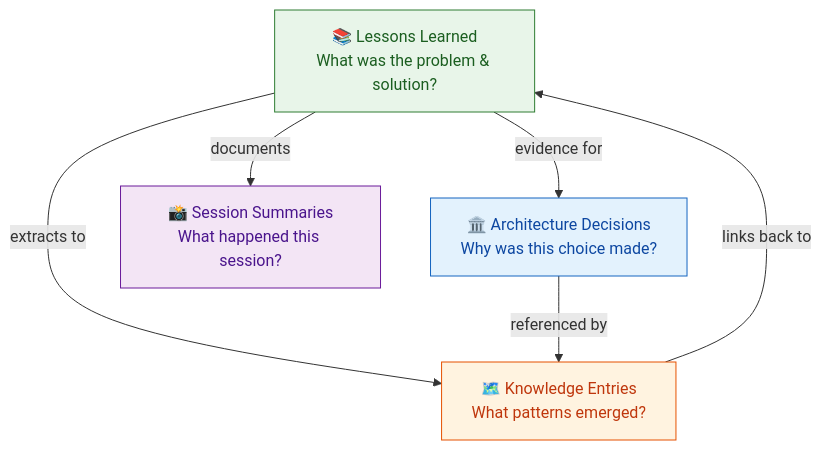
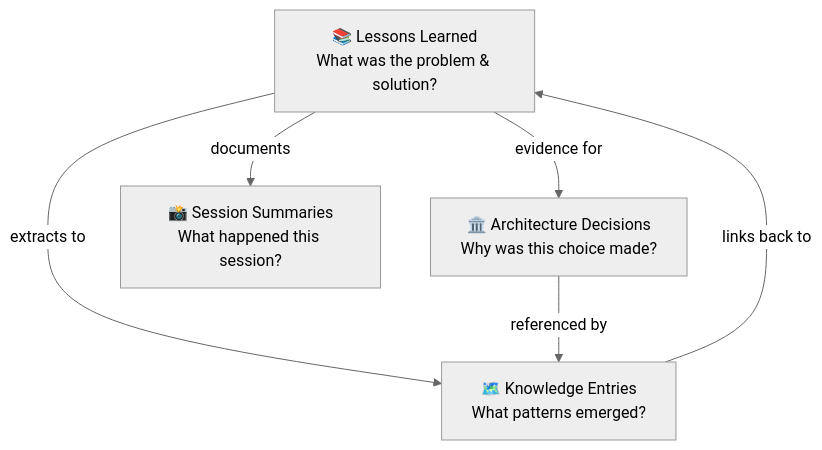
The diagram in docs/CONCEPTS.md (technomensch/knowledge-graph), drawn with Mermaid before and after one commit. The commit also changed 2 other files, not shown here.

Commit message:
fix(mkdocs): resolve mermaid rendering and restore light mode header
Mermaid Diagrams:
- Switch from hardcoded color styles to mermaid's neutral theme
- Neutral theme automatically adapts to both dark and light modes
- Remove hardcoded fill/stroke colors that caused poor contrast in dark mode
- Simplify CSS to handle only container styling
- Diagrams now render with visible text and icons in both modes

Light Mode Header:
- Remove custom overrides that interfered with Material theme defaults
- Restore original Material theme styling which already looks great
- Dark mode header retains glassmorphism effect

````diff
--- a/docs/CONCEPTS.md
+++ b/docs/CONCEPTS.md
@@ -44,22 +44,17 @@
 ```mermaid
-%%{init: { 'flowchart': { 'useMaxWidth': true } }}%%
+%%{init: { 'flowchart': { 'useMaxWidth': true }, 'theme': 'neutral' }}%%
 graph TD
     A["📚 Lessons Learned<br/>What was the problem &amp; solution?"]
     B["🏛️ Architecture Decisions<br/>Why was this choice made?"]
     C["🗺️ Knowledge Entries<br/>What patterns emerged?"]
     D["📸 Session Summaries<br/>What happened this session?"]
 
     A -->|evidence for| B
     A -->|extracts to| C
     A -->|documents| D
     B -->|referenced by| C
     C -->|links back to| A
 
-    style A fill:#e8f5e9,stroke:#2e7d32,color:#1b5e20
-    style B fill:#e3f2fd,stroke:#1565c0,color:#0d47a1
-    style C fill:#fff3e0,stroke:#e65100,color:#bf360c
-    style D fill:#f3e5f5,stroke:#6a1b9a,color:#4a148c
-
     accTitle: Knowledge Graph Four Pillars
     accDescr: Relationship diagram showing how Lessons Learned provide evidence for Architecture Decisions and extract to Knowledge Entries. Decisions are referenced by Entries, which link back to Lessons. Session Summaries document what was accomplished.
 ```
````
